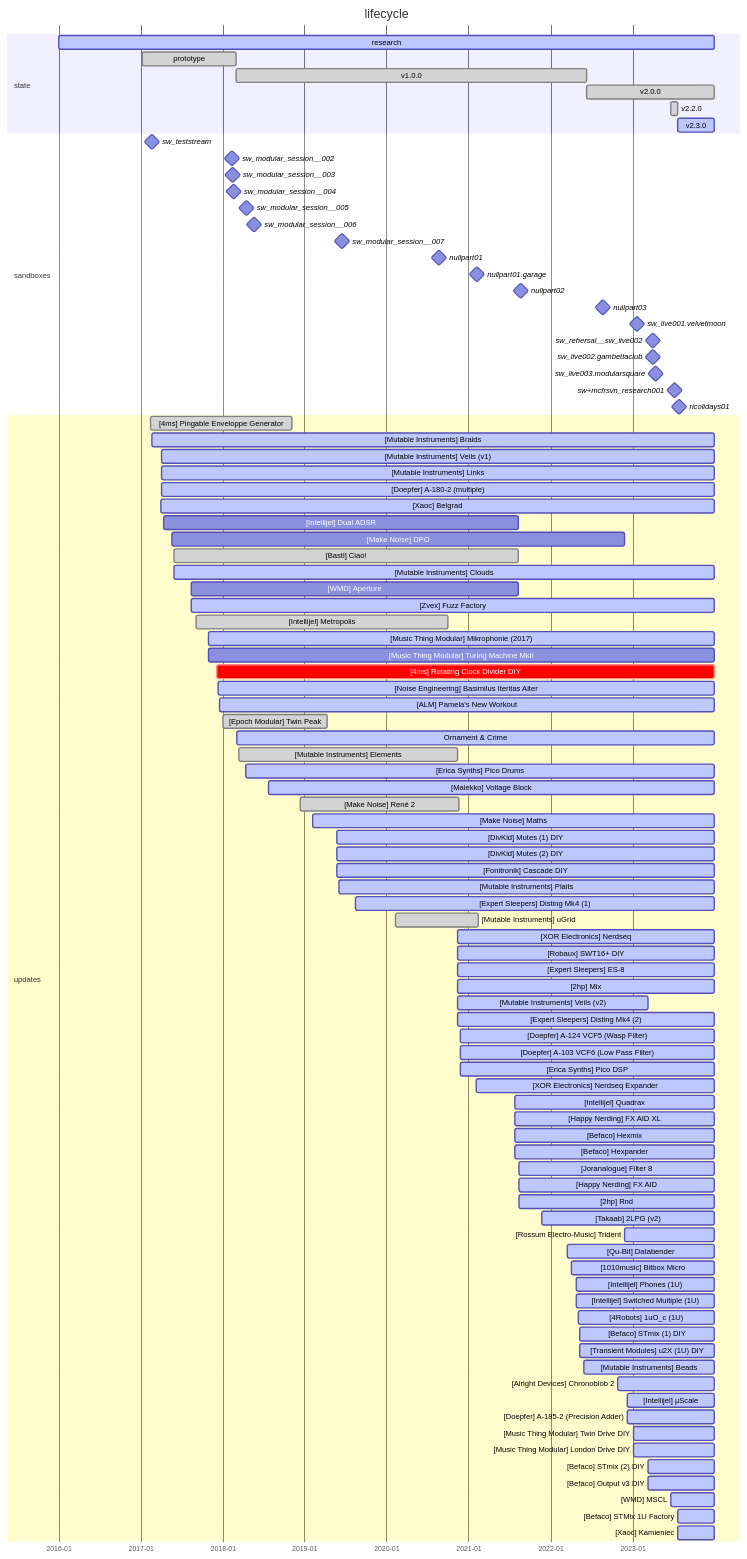
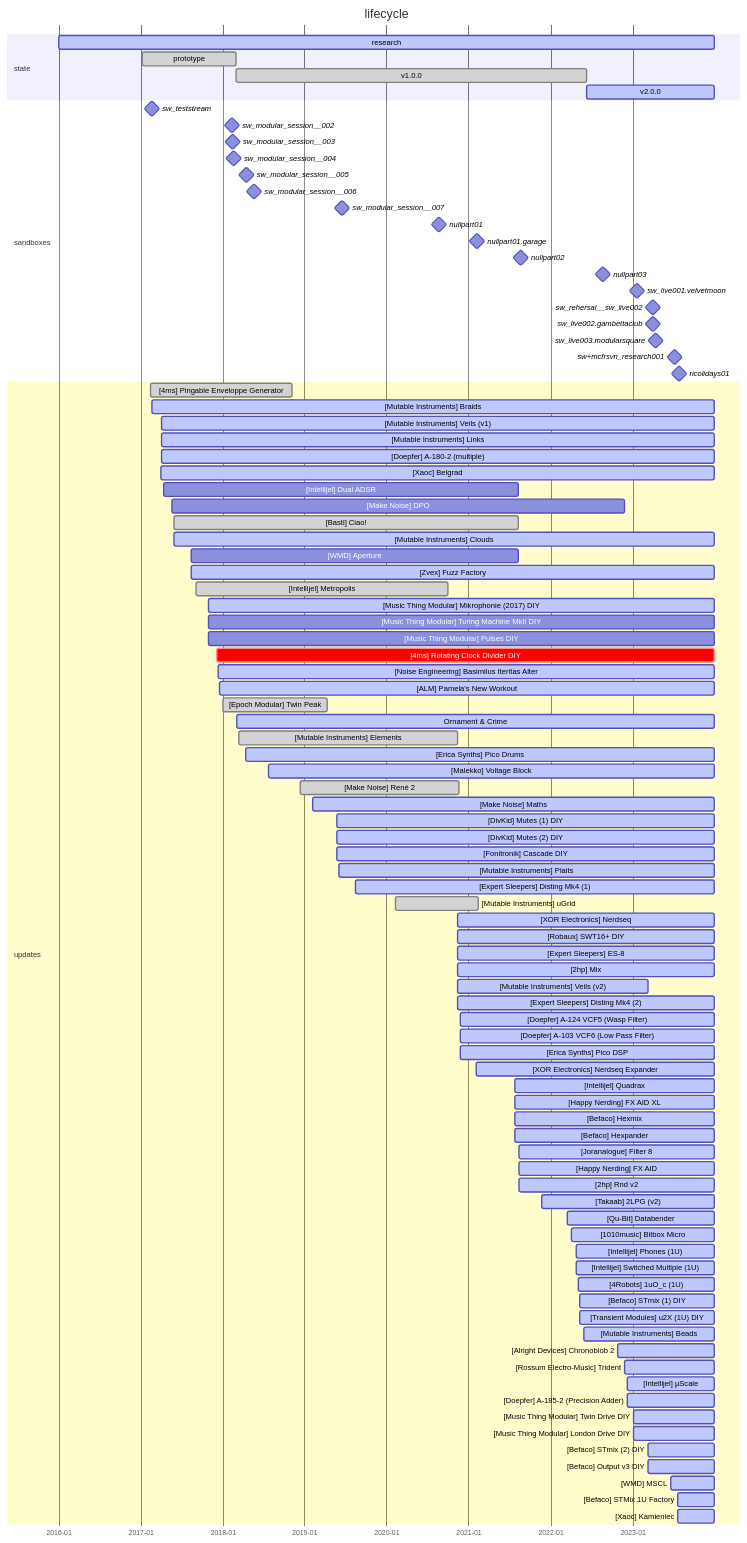
Before and after one commit to bill-of-materials/data: the diagram in ARTIFACTS/RTF-0001/RTF-0001.md, drawn with Mermaid. The commit also changed other lines of this file and 8 other files, not shown here.

```diff
--- a/ARTIFACTS/RTF-0001/RTF-0001.md
+++ b/ARTIFACTS/RTF-0001/RTF-0001.md
@@ -29,9 +29,7 @@
   research              :active,    2016-01-01, 2023-12-31
   prototype             :done,      2017-01-07, 2018-03-01
   v1.0.0                :done,      2018-03-01, 2022-06-10
-  v2.0.0                :done,      2022-06-10, 2023-12-31
-  v2.2.0                :done,      2023-06-20, 2023-07-20
-  v2.3.0                :active,    2023-07-20, 2023-12-31
+  v2.0.0                :active,    2022-06-10, 2023-12-31
 
   section sandboxes
   sw_teststream                :milestone, 2017-02-19, 1d
@@ -66,8 +64,9 @@
   [WMD] Aperture                                : ,         2017-08-12, 2021-08-10
   [Zvex] Fuzz Factory                           :active,    2017-08-12, 2023-12-31
   [Intellijel] Metropolis                       :done,      2017-09-04, 2020-10-01
-  [Music Thing Modular] Mikrophonie (2017)      :active,    2017-10-29, 2023-12-31
-  [Music Thing Modular] Turing Machine MkII     : ,         2017-10-29, 2023-12-31
+  [Music Thing Modular] Mikrophonie (2017) DIY  :active,    2017-10-29, 2023-12-31
+  [Music Thing Modular] Turing Machine MkII DIY : ,         2017-10-29, 2023-12-31
+  [Music Thing Modular] Pulses DIY              : ,         2017-10-29, 2023-12-31
   [4ms] Rotating Clock Divider DIY              :crit,      2017-12-05, 2023-12-31
   [Noise Engineering] Basimilus Iteritas Alter  :active,    2017-12-10, 2023-12-31
   [ALM] Pamela's New Workout                    :active,    2017-12-16, 2023-12-31
@@ -100,9 +99,8 @@
   [Befaco] Hexpander                            :active,    2021-07-24, 2023-12-31
   [Joranalogue] Filter 8                        :active,    2021-08-12, 2023-12-31
   [Happy Nerding] FX AID                        :active,    2021-08-12, 2023-12-31
-  [2hp] Rnd                                     :active,    2021-08-12, 2023-12-31
+  [2hp] Rnd v2                                  :active,    2021-08-12, 2023-12-31
   [Takaab] 2LPG (v2)                            :active,    2021-11-22, 2023-12-31
-  [Rossum Electro-Music] Trident                :active,    2022-11-26, 2023-12-31
   [Qu-Bit] Databender                           :active,    2022-03-16, 2023-12-31
   [1010music] Bitbox Micro                      :active,    2022-04-02, 2023-12-31
   [Intellijel] Phones (1U)                      :active,    2022-04-25, 2023-12-31
@@ -112,6 +110,7 @@
   [Transient Modules] u2X (1U) DIY              :active,    2022-05-09, 2023-12-31
   [Mutable Instruments] Beads                   :active,    2022-05-28, 2023-12-31
   [Alright Devices] Chronoblob 2                :active,    2022-10-26, 2023-12-31
+  [Rossum Electro-Music] Trident                :active,    2022-11-26, 2023-12-31
   [Intellijel] µScale                           :active,    2022-12-10, 2023-12-31
   [Doepfer] A-185-2 (Precision Adder)           :active,    2022-12-10, 2023-12-31
   [Music Thing Modular] Twin Drive DIY          :active,    2023-01-06, 2023-12-31
```
